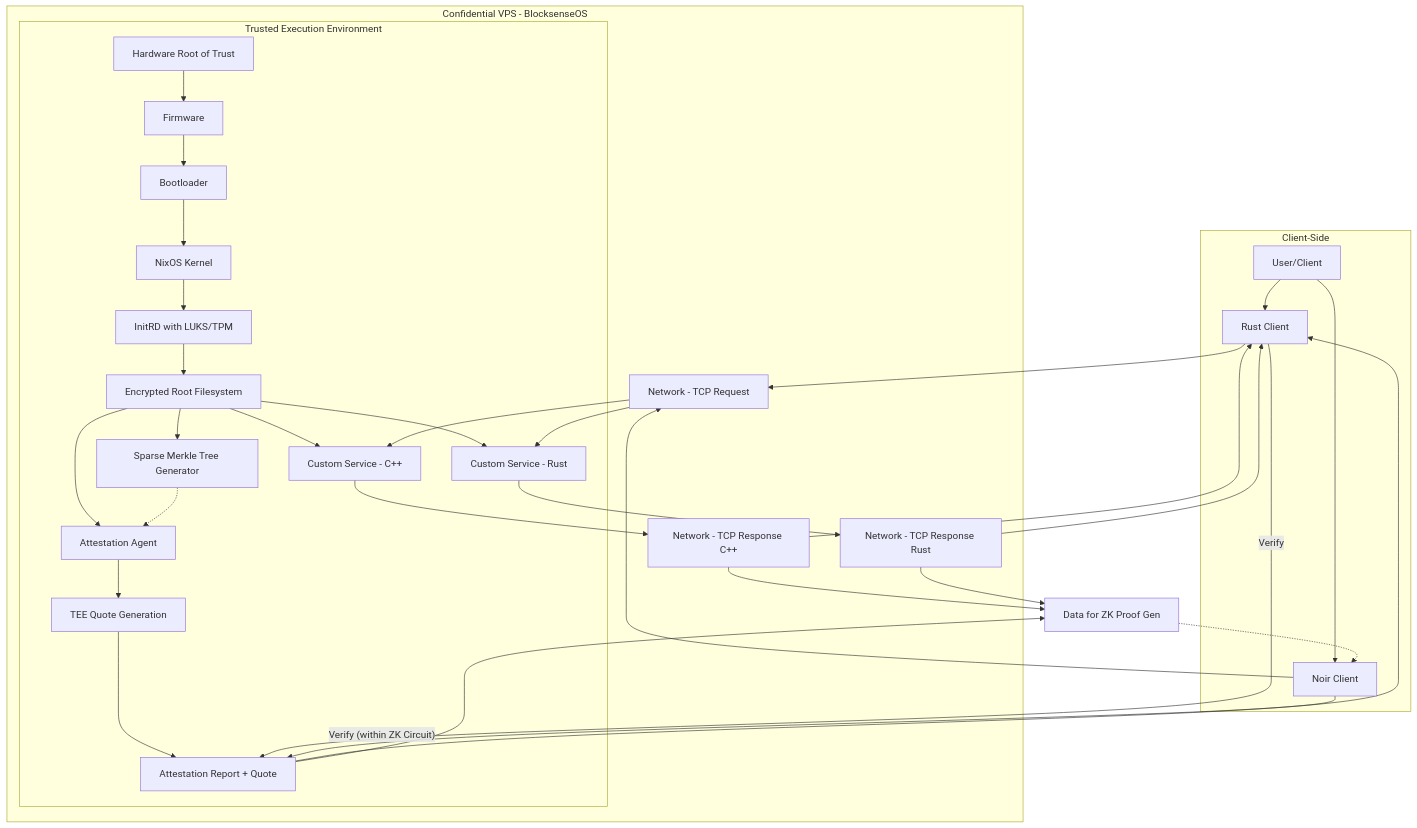
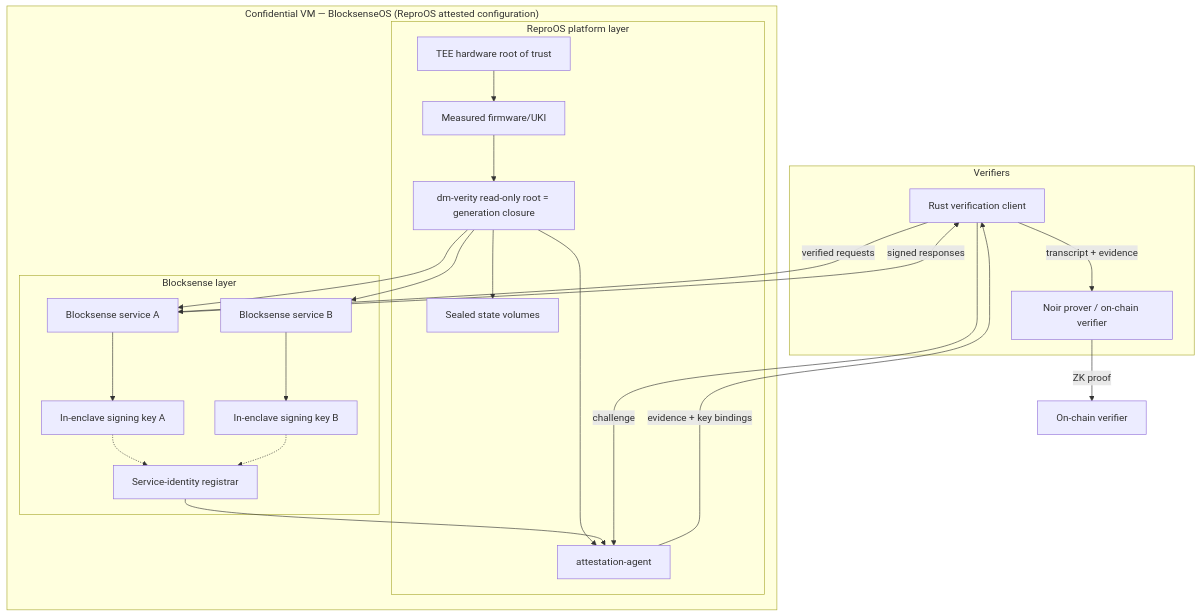
One commit to blocksense-network/BlocksenseOS changed the diagram in docs/BlocksenseOS-Design.md. Above: the diagram before and after it, drawn with Mermaid. The commit also changed other lines of this file and 4 other files, not shown here.

First line of the commit message:
docs: re-plan onto ReproOS as downstream configuration

````diff
--- a/docs/BlocksenseOS-Design.md
+++ b/docs/BlocksenseOS-Design.md
@@ -102,41 +92,32 @@
 ```mermaid
 graph TD
-    subgraph Client-Side
-        UC[User/Client] --> RC[Rust Client]
-        UC --> NC[Noir Client]
+    subgraph Verifiers
+        RC[Rust verification client]
+        NC[Noir prover / on-chain verifier]
     end
 
-    subgraph Confidential VPS - BlocksenseOS
-        subgraph TEE [Trusted Execution Environment]
-            HW[Hardware Root of Trust] --> Firmware
-            Firmware --> Bootloader
-            Bootloader --> Kernel[NixOS Kernel]
-            Kernel --> InitRD[InitRD with LUKS/TPM]
-            InitRD --> EncryptedRootFS[Encrypted Root Filesystem]
-            EncryptedRootFS --> ServicesCM[Custom Service - C++]
-            EncryptedRootFS --> ServicesRS[Custom Service - Rust]
-            EncryptedRootFS --> AttAgent[Attestation Agent]
-            EncryptedRootFS --> SMTGen[Sparse Merkle Tree Generator]
-            AttAgent --> TEEQuoteGen[TEE Quote Generation]
-            SMTGen -.-> AttAgent
-            TEEQuoteGen --> AttReport[Attestation Report + Quote]
+    subgraph "Confidential VM — BlocksenseOS (ReproOS attested configuration)"
+        subgraph "ReproOS platform layer"
+            HW[TEE hardware root of trust] --> FW[Measured firmware/UKI]
+            FW --> VR[dm-verity read-only root = generation closure]
+            VR --> AA[attestation-agent]
+            VR --> SS[Sealed state volumes]
         end
-        ServicesCM --> NetOutCM[Network - TCP Response C++]
-        ServicesRS --> NetOutRS[Network - TCP Response Rust]
-        NetIn[Network - TCP Request] --> ServicesCM
-        NetIn --> ServicesRS
+        subgraph "Blocksense layer"
+            VR --> SVC1[Blocksense service A]
+            VR --> SVC2[Blocksense service B]
+            SVC1 --> SK1[In-enclave signing key A]
+            SVC2 --> SK2[In-enclave signing key B]
+            REG[Service-identity registrar] --> AA
+            SK1 -.-> REG
+            SK2 -.-> REG
+        end
     end
 
-    RC --> NetIn
-    NC --> NetIn
-    NetOutCM --> RC
-    NetOutRS --> RC
-    NetOutCM --> NCProofGen[Data for ZK Proof Gen]
-    NetOutRS --> NCProofGen
-    AttReport --> RC
-    AttReport --> NCProofGen
-    NCProofGen -.-> NC
-
-    RC -- Verify --> AttReport
-    NC -- Verify (within ZK Circuit) --> AttReport
+    RC -- challenge --> AA
+    AA -- evidence + key bindings --> RC
+    RC -- verified requests --> SVC1
+    SVC1 -- signed responses --> RC
+    RC -- transcript + evidence --> NC
+    NC -- ZK proof --> Chain[On-chain verifier]
 ```
````
